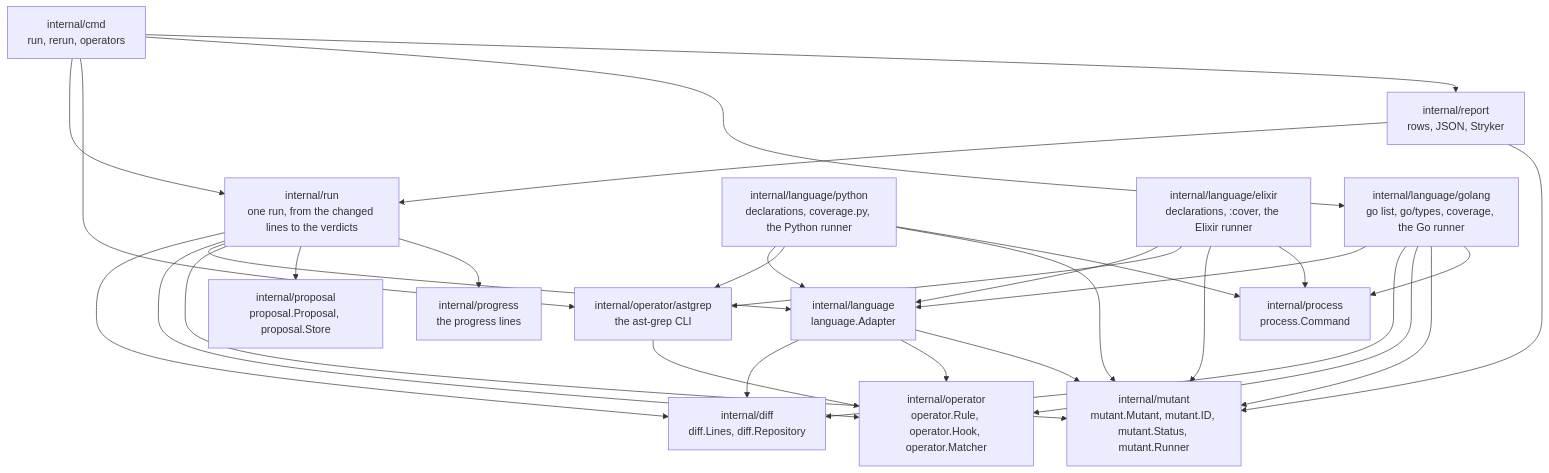
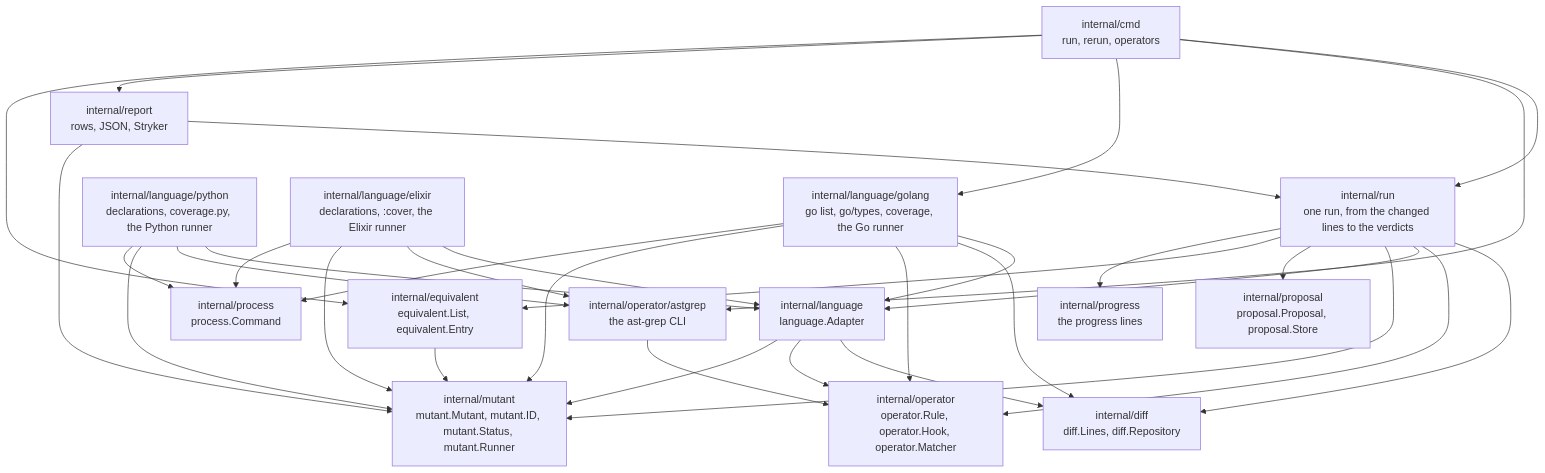
Before and after one commit to hpcsc/mutants: the seventh of 7 diagrams in docs/design.md, drawn with Mermaid. The commit also changed other lines of this file and 20 other files, not shown here.

````diff
--- a/docs/design.md
+++ b/docs/design.md
@@ -914,46 +946,50 @@
 ```mermaid
 flowchart TD
     CMD["internal/cmd<br/>run, rerun, operators"]
     RUN["internal/run<br/>one run, from the changed lines to the verdicts"]
     DIFF["internal/diff<br/>diff.Lines, diff.Repository"]
     OP["internal/operator<br/>operator.Rule, operator.Hook, operator.Matcher"]
     AG["internal/operator/astgrep<br/>the ast-grep CLI"]
     MUT["internal/mutant<br/>mutant.Mutant, mutant.ID, mutant.Status, mutant.Runner"]
     LANG["internal/language<br/>language.Adapter"]
     GO["internal/language/golang<br/>go list, go/types, coverage, the Go runner"]
     PY["internal/language/python<br/>declarations, coverage.py, the Python runner"]
     EX["internal/language/elixir<br/>declarations, :cover, the Elixir runner"]
     REP["internal/report<br/>rows, JSON, Stryker"]
     PROP["internal/proposal<br/>proposal.Proposal, proposal.Store"]
+    EQ["internal/equivalent<br/>equivalent.List, equivalent.Entry"]
     PROG["internal/progress<br/>the progress lines"]
     PROC["internal/process<br/>process.Command"]
     CMD --> RUN
     CMD --> AG
     CMD --> GO
     CMD --> REP
+    CMD --> EQ
+    EQ --> MUT
     RUN --> DIFF
     RUN --> OP
     RUN --> LANG
     RUN --> MUT
     RUN --> PROP
+    RUN --> EQ
     RUN --> PROG
     AG --> OP
     GO --> LANG
     GO --> DIFF
     GO --> OP
     GO --> MUT
     GO --> PROC
     PY --> LANG
     PY --> AG
     PY --> MUT
     PY --> PROC
     EX --> LANG
     EX --> AG
     EX --> MUT
     EX --> PROC
     LANG --> DIFF
     LANG --> OP
     LANG --> MUT
     REP --> RUN
     REP --> MUT
 ```
````
